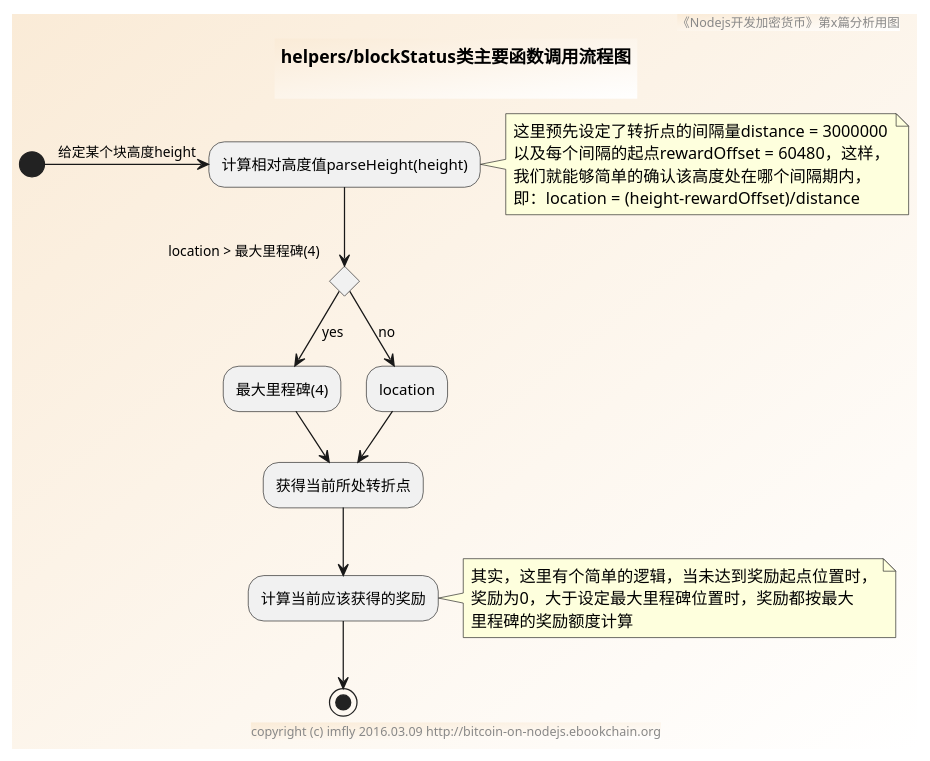
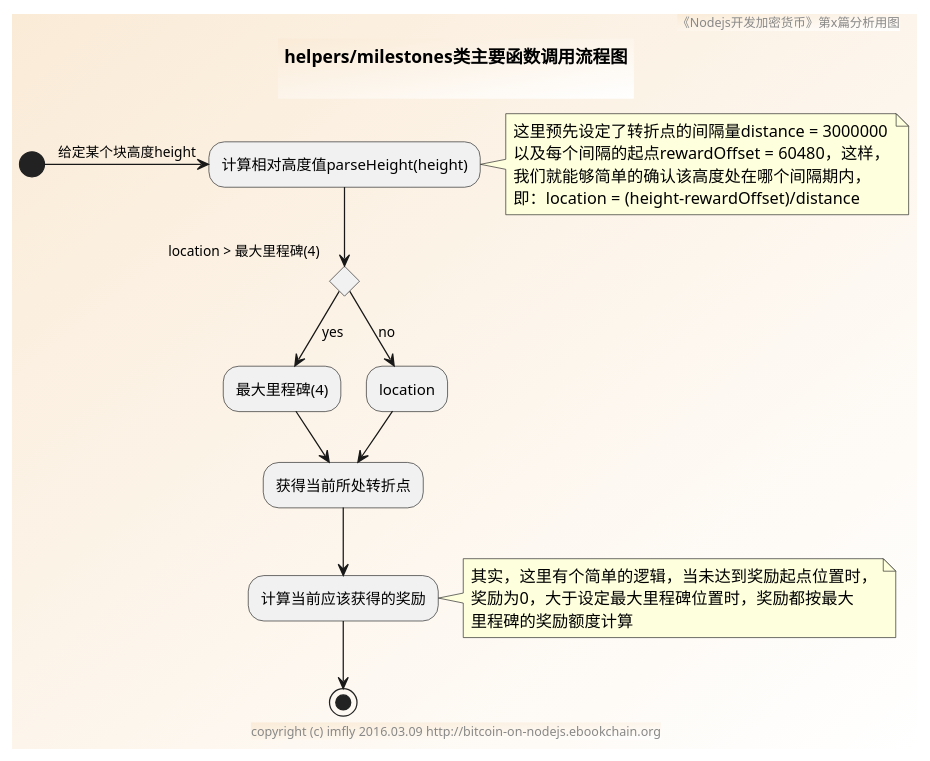
The diagram in sources/helpers/blockStatus/activity.pu (brightmanforever022/bitcoin-on-nodejs), drawn with PlantUML before and after one commit. The commit also changed 5 other files, not shown here.

```diff
--- a/sources/helpers/blockStatus/activity.pu
+++ b/sources/helpers/blockStatus/activity.pu
@@ -1,39 +1,39 @@
-@startuml ../../../styles/images/helpers/blockStatus/activity.png
+@startuml ../../../styles/images/helpers/milestones/activity.png
 skinparam BorderColor #blue\9932CC
 skinparam backgroundcolor AntiqueWhite/white
 
 title
-helpers/blockStatus类主要函数调用流程图
+helpers/milestones类主要函数调用流程图
 
 end title
 
 footer copyright (c) imfly 2016.03.09 http://bitcoin-on-nodejs.ebookchain.org
 header 《Nodejs开发加密货币》第x篇分析用图
 
 (*) -right-> [给定某个块高度height] "计算相对高度值parseHeight(height)"
 
 note right
 这里预先设定了转折点的间隔量distance = 3000000
 以及每个间隔的起点rewardOffset = 60480，这样，
 我们就能够简单的确认该高度处在哪个间隔期内，
 即：location = (height-rewardOffset)/distance
 end note
 
 if location > 最大里程碑(4) then
 --> [yes] "最大里程碑(4)"
 --> "获得当前所处转折点" as milestone
 else
 --> [no] location
 --> milestone
 endif
 
 --> 计算当前应该获得的奖励
 
 note right
 其实，这里有个简单的逻辑，当未达到奖励起点位置时，
 奖励为0，大于设定最大里程碑位置时，奖励都按最大
 里程碑的奖励额度计算
 end note
 
 --> (*)
 @enduml
```
